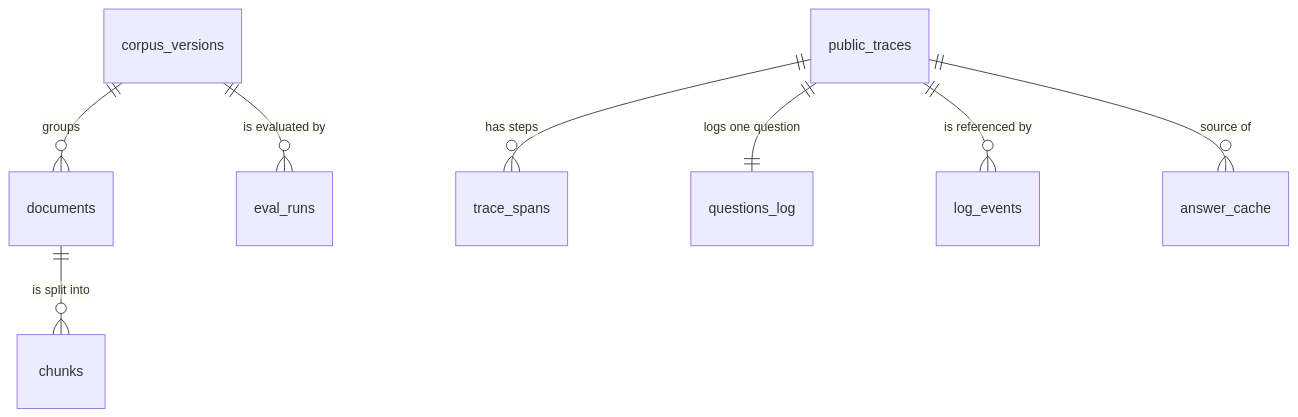
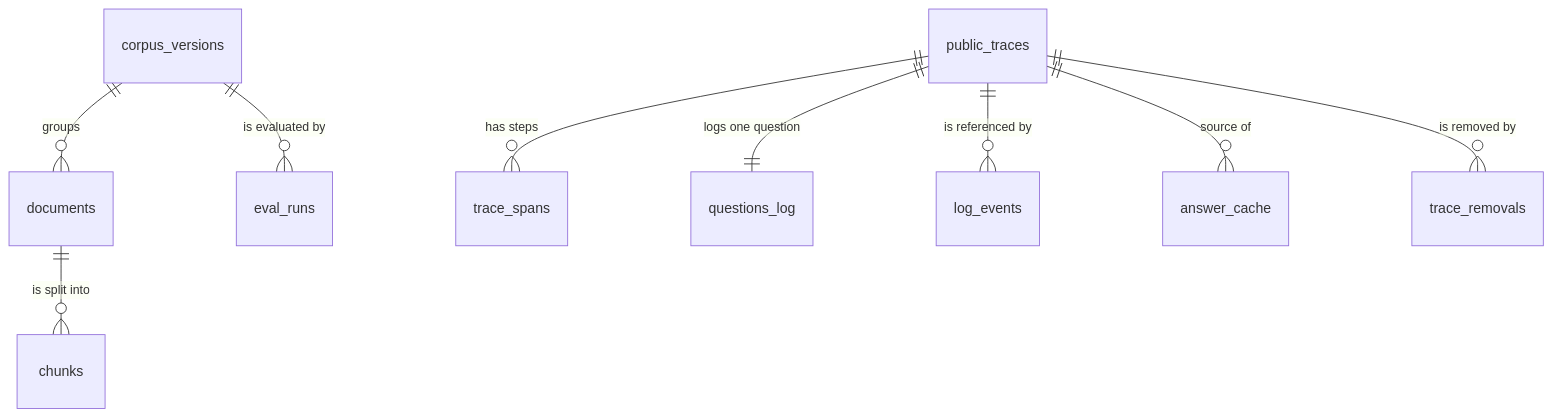
Before and after one commit to andrezorzo/zorzo-api: the second of 6 diagrams in docs/lld.md, drawn with Mermaid. The commit also changed other lines of this file and 1 other file, not shown here.

First line of the commit message:
docs: add trace open rate metric; public-view rules in the LLD

````diff
--- a/docs/lld.md
+++ b/docs/lld.md
@@ -239,10 +240,11 @@
 ```mermaid
 erDiagram
     corpus_versions ||--o{ documents : "groups"
     documents ||--o{ chunks : "is split into"
     corpus_versions ||--o{ eval_runs : "is evaluated by"
     public_traces ||--o{ trace_spans : "has steps"
     public_traces ||--|| questions_log : "logs one question"
     public_traces ||--o{ log_events : "is referenced by"
     public_traces ||--o{ answer_cache : "source of"
+    public_traces ||--o{ trace_removals : "is removed by"
 ```
````
